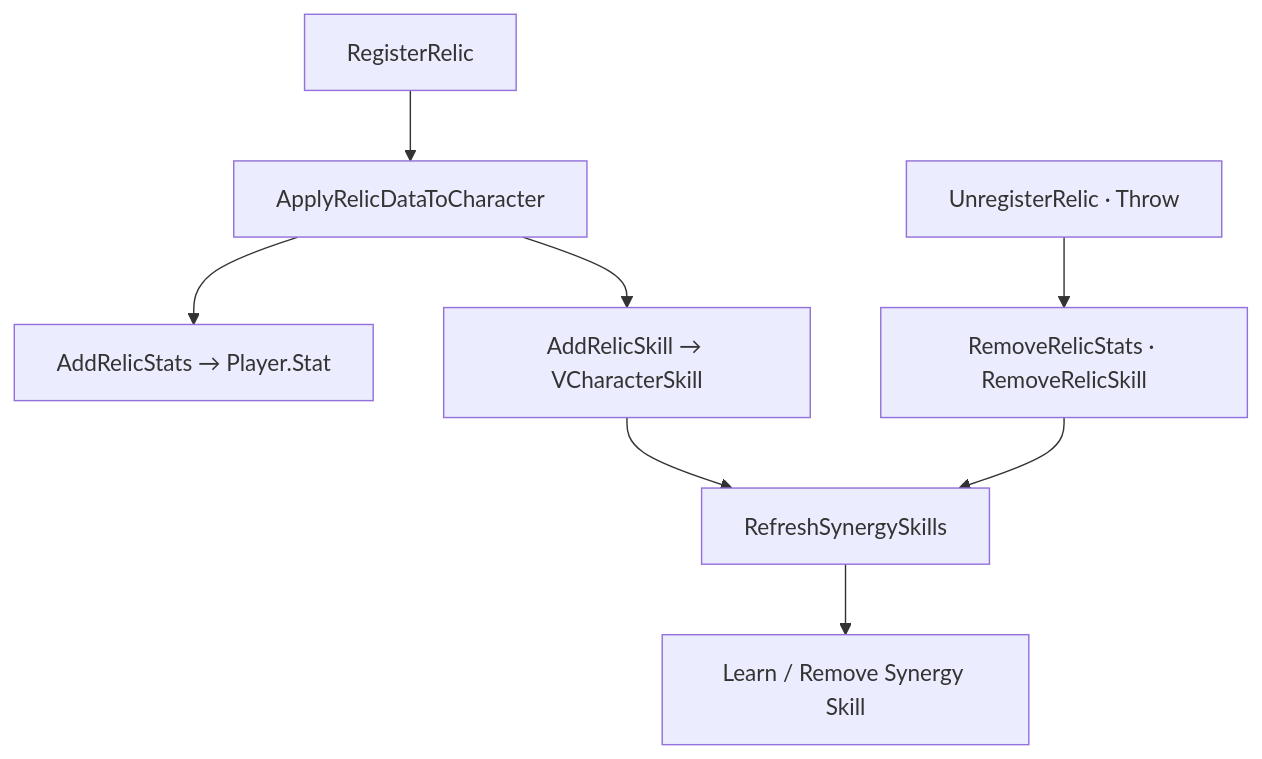
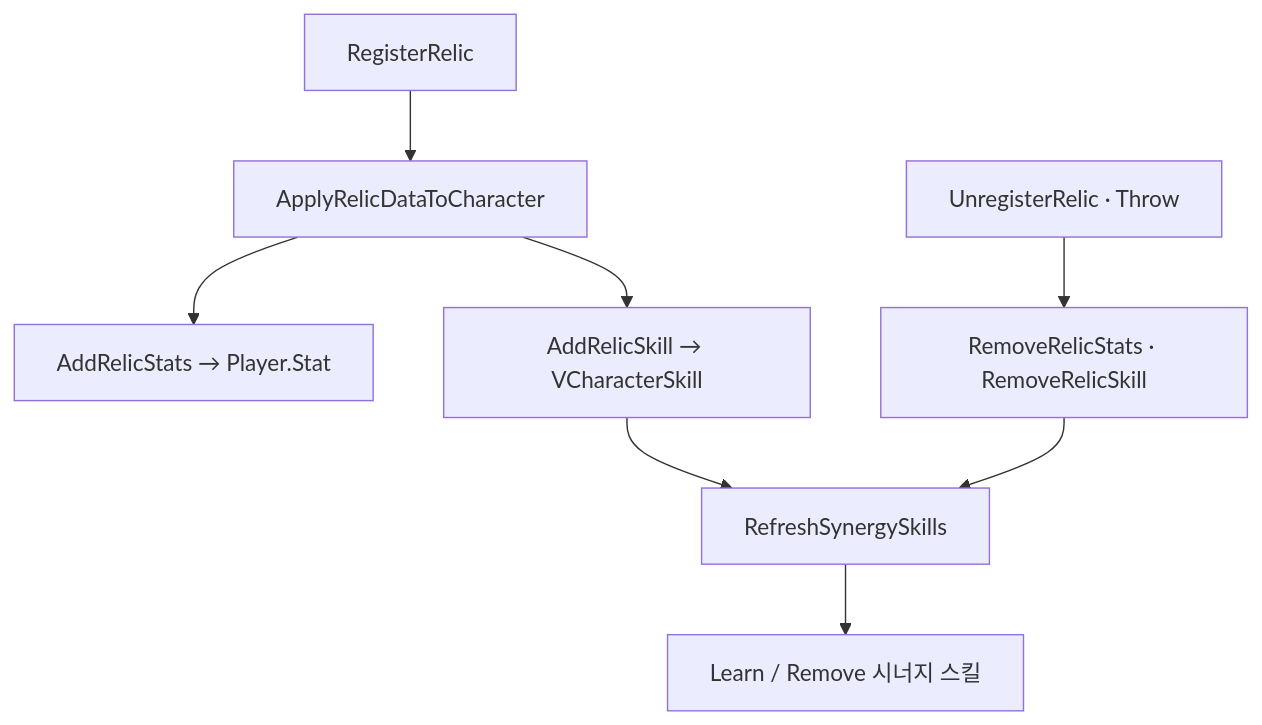
Before and after one commit to monet5379/monet5379.github.io: the diagram in notes/dragon-relic-apply.md, drawn with Mermaid. The commit also changed other lines of this file and 27 other files, not shown here.

````diff
--- a/notes/dragon-relic-apply.md
+++ b/notes/dragon-relic-apply.md
@@ -51,10 +51,10 @@
 ```mermaid
 flowchart TD
   R["RegisterRelic"] --> A["ApplyRelicDataToCharacter"]
   A --> ST["AddRelicStats → Player.Stat"]
   A --> SK["AddRelicSkill → VCharacterSkill"]
   SK --> SY["RefreshSynergySkills"]
-  SY --> SL["Learn / Remove Synergy Skill"]
+  SY --> SL["Learn / Remove 시너지 스킬"]
   U["UnregisterRelic · Throw"] --> RST["RemoveRelicStats · RemoveRelicSkill"]
   RST --> SY
 ```
````
